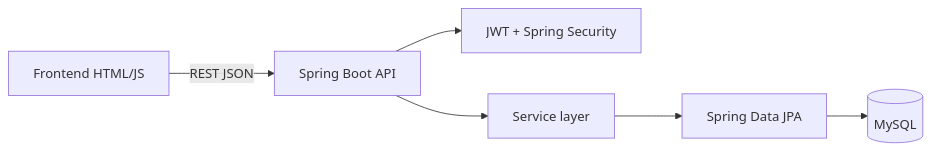
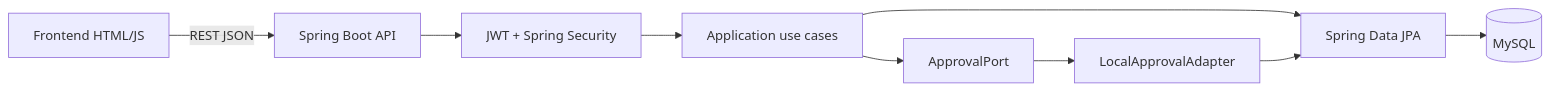
One commit to nddKhanh/BTL_TTCSN changed the diagram in docs/architecture.md. Above: the diagram before and after it, drawn with Mermaid. The commit also changed other lines of this file and 2 other files, not shown here.

Commit message:
docs(workflow): describe application architecture

````diff
--- a/docs/architecture.md
+++ b/docs/architecture.md
@@ -3,8 +3,11 @@
 ```mermaid
 flowchart LR
   Browser[Frontend HTML/JS] -->|REST JSON| API[Spring Boot API]
   API --> Security[JWT + Spring Security]
-  API --> Service[Service layer]
-  Service --> Repo[Spring Data JPA]
+  Security --> Application[Application use cases]
+  Application --> ApprovalPort[ApprovalPort]
+  ApprovalPort --> LocalAdapter[LocalApprovalAdapter]
+  Application --> Repo[Spring Data JPA]
+  LocalAdapter --> Repo
   Repo --> DB[(MySQL)]
 ```
````
